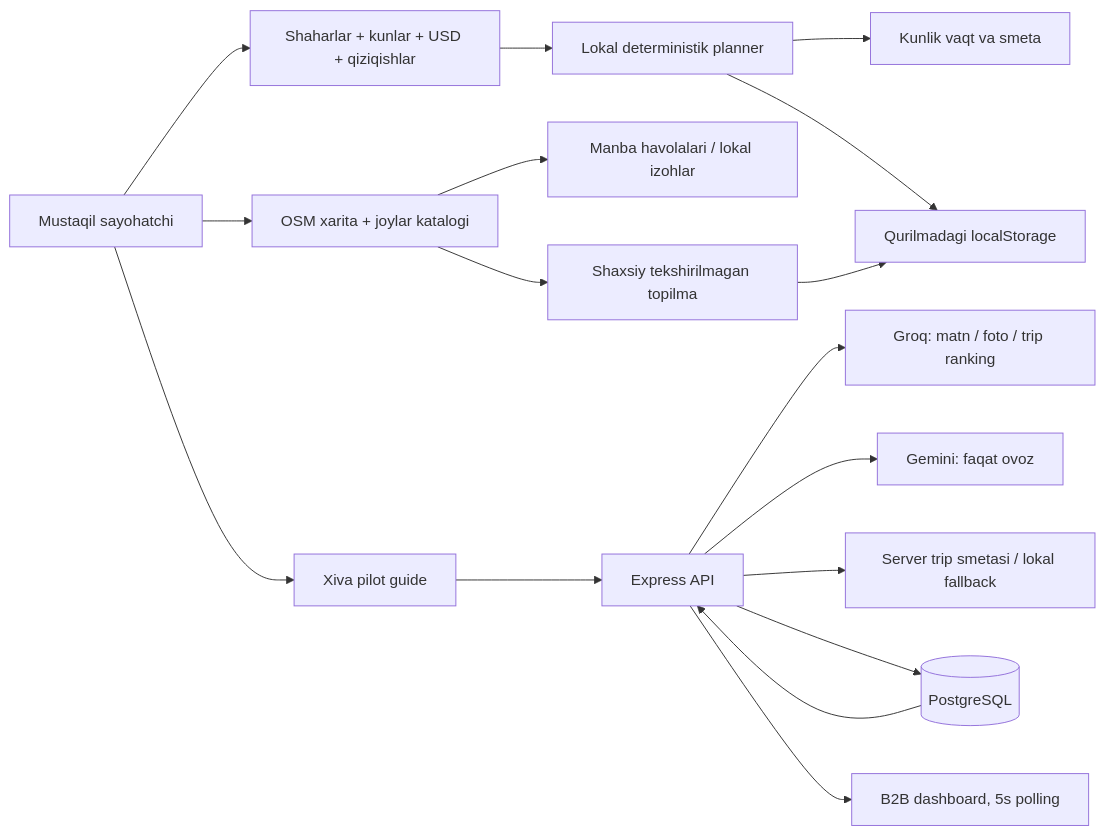
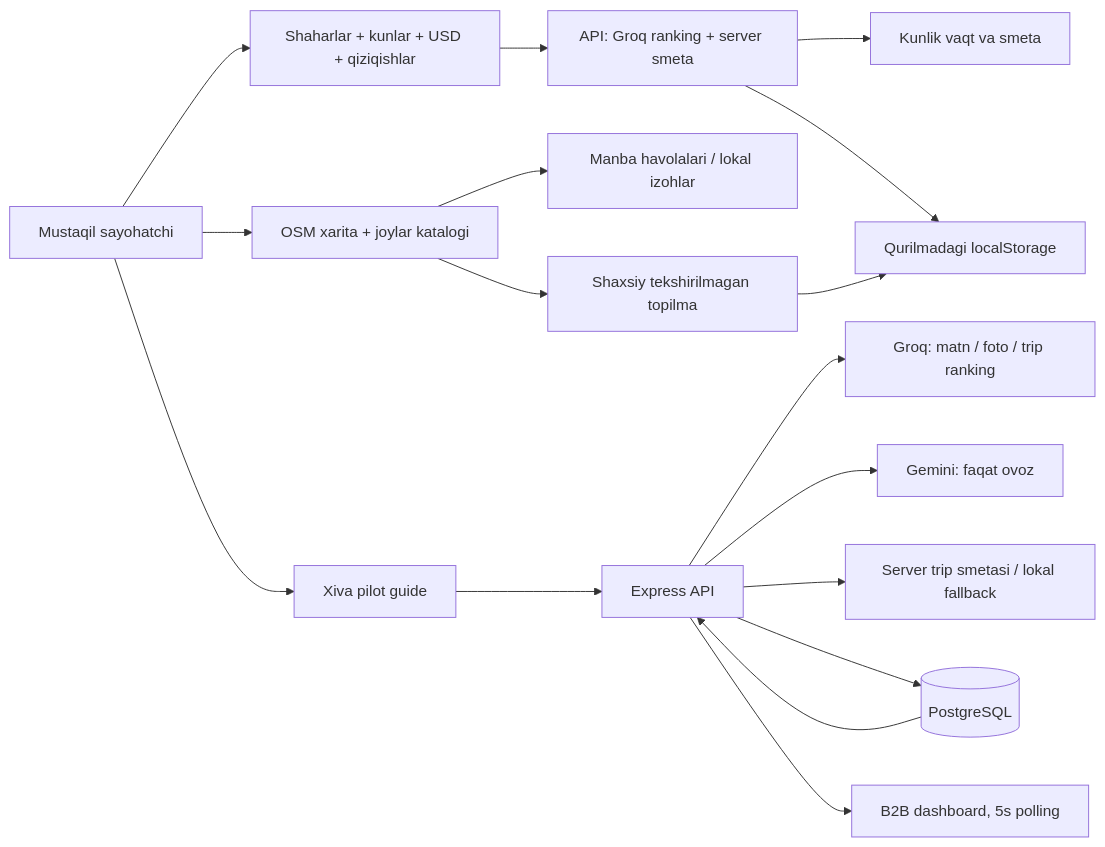
Before and after one commit to sfarruhbek/SmartGuide: the diagram in documentation/ARCHITECTURE.md, drawn with Mermaid. The commit also changed other lines of this file and 33 other files, not shown here.

````diff
--- a/documentation/ARCHITECTURE.md
+++ b/documentation/ARCHITECTURE.md
@@ -7,19 +7,19 @@
 ```mermaid
 flowchart LR
   User[Mustaqil sayohatchi] --> Form[Shaharlar + kunlar + USD + qiziqishlar]
-  Form --> Planner[Lokal deterministik planner]
+  Form --> Planner[API: Groq ranking + server smeta]
   Planner --> Days[Kunlik vaqt va smeta]
   Planner --> Storage[Qurilmadagi localStorage]
   User --> Map[OSM xarita + joylar katalogi]
   Map --> Sources[Manba havolalari / lokal izohlar]
   Map --> Draft[Shaxsiy tekshirilmagan topilma]
   Draft --> Storage
   User --> Pilot[Xiva pilot guide]
   Pilot --> API[Express API]
   API --> AI[Groq: matn / foto / trip ranking]
   API --> Voice[Gemini: faqat ovoz]
   API --> TripAPI[Server trip smetasi / lokal fallback]
   API --> DB[(PostgreSQL)]
   DB --> API
   API --> Dash[B2B dashboard, 5s polling]
 ```
````
